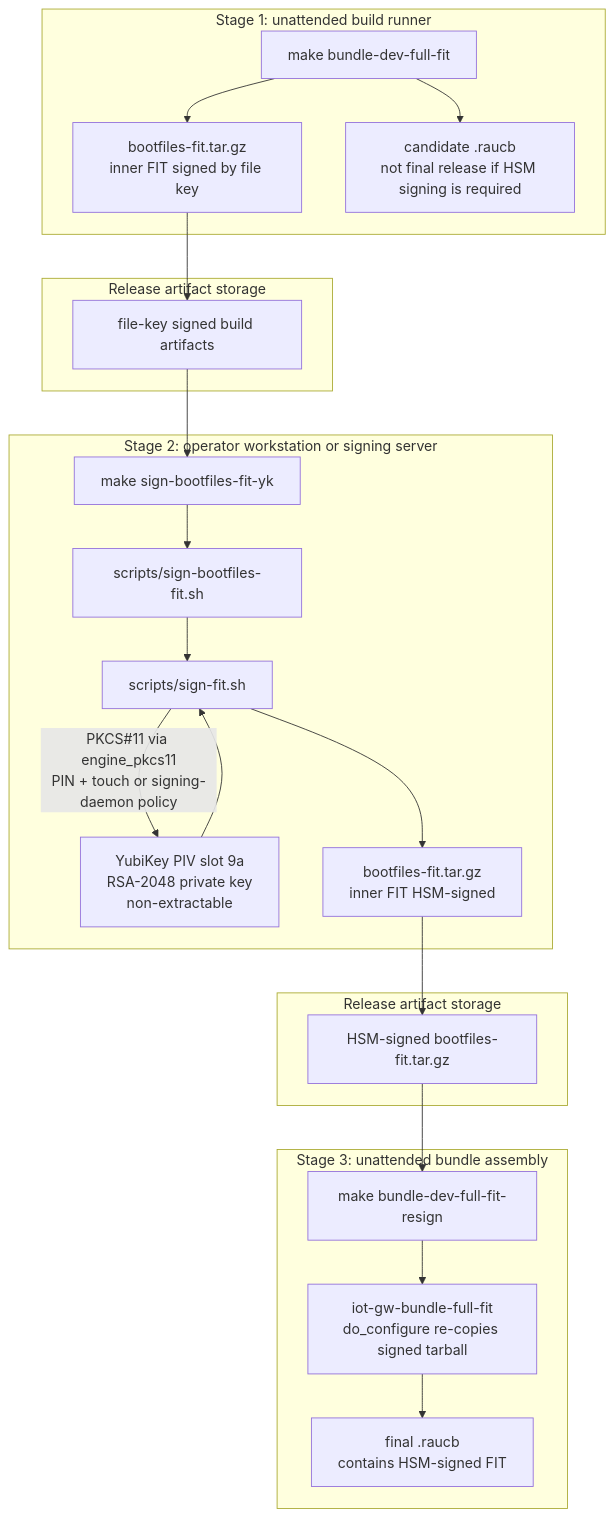
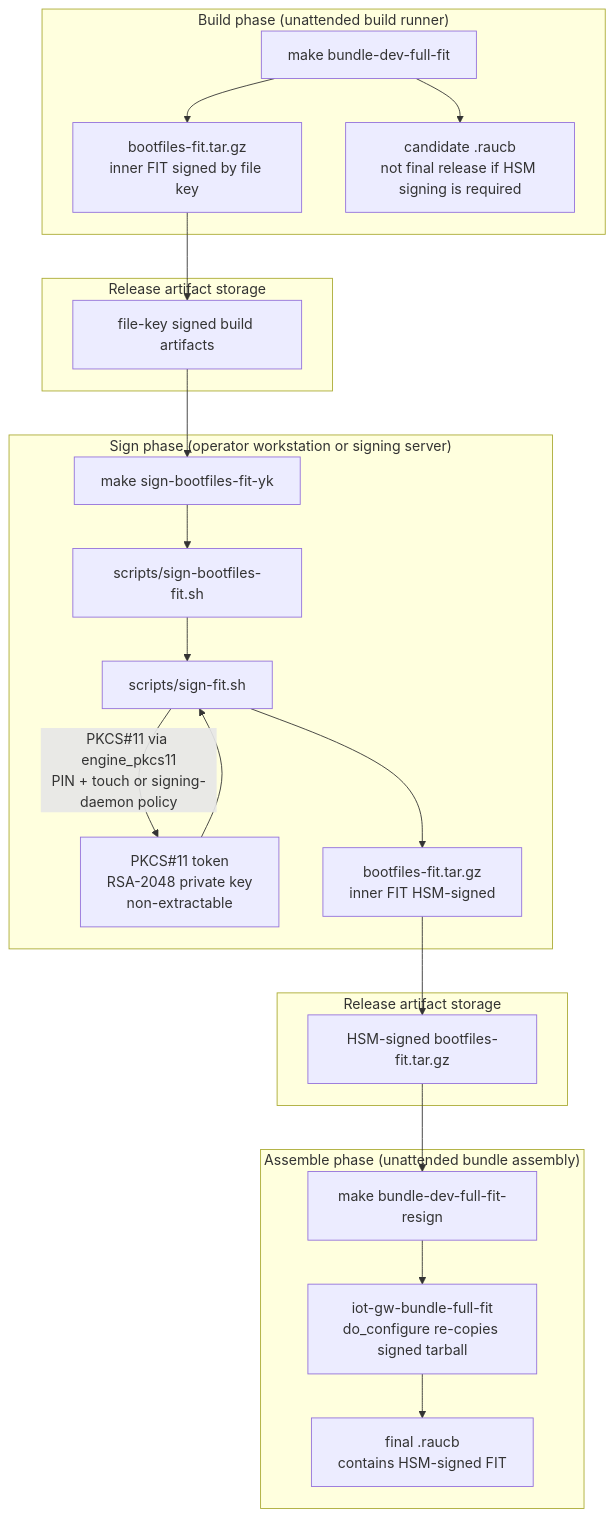
Before and after one commit to umair-as/rpi5-iot-gateway: the first of 2 diagrams in docs/FIT_BOOT_SIGNING.md, drawn with Mermaid. The commit also changed other lines of this file and 1 other file, not shown here.

Commit message:
docs(rauc): scrub operator-personal content from PKI and FIT signing docs

````diff
--- a/docs/FIT_BOOT_SIGNING.md
+++ b/docs/FIT_BOOT_SIGNING.md
@@ -387,39 +393,39 @@
 ```mermaid
 flowchart TD
-    subgraph CI1["Stage 1: unattended build runner"]
+    subgraph BuildPhase["Build phase (unattended build runner)"]
         A["make bundle-dev-full-fit"]
         B["bootfiles-fit.tar.gz<br/>inner FIT signed by file key"]
         C["candidate .raucb<br/>not final release if HSM signing is required"]
         A --> B
         A --> C
     end
 
     subgraph Store1["Release artifact storage"]
         D["file-key signed build artifacts"]
     end
 
-    subgraph HSM["Stage 2: operator workstation or signing server"]
+    subgraph SignPhase["Sign phase (operator workstation or signing server)"]
         E["make sign-bootfiles-fit-yk"]
         F["scripts/sign-bootfiles-fit.sh"]
         G["scripts/sign-fit.sh"]
-        YK["YubiKey PIV slot 9a<br/>RSA-2048 private key<br/>non-extractable"]
+        YK["PKCS#11 token<br/>RSA-2048 private key<br/>non-extractable"]
         H["bootfiles-fit.tar.gz<br/>inner FIT HSM-signed"]
         E --> F --> G
         G -->|"PKCS#11 via engine_pkcs11<br/>PIN + touch or signing-daemon policy"| YK
         YK --> G --> H
     end
 
     subgraph Store2["Release artifact storage"]
         I["HSM-signed bootfiles-fit.tar.gz"]
     end
 
-    subgraph CI2["Stage 3: unattended bundle assembly"]
+    subgraph AssemblePhase["Assemble phase (unattended bundle assembly)"]
         J["make bundle-dev-full-fit-resign"]
         K["iot-gw-bundle-full-fit<br/>do_configure re-copies signed tarball"]
         L["final .raucb<br/>contains HSM-signed FIT"]
         J --> K --> L
     end
 
     B --> D --> E
     H --> I --> J
 ```
````
